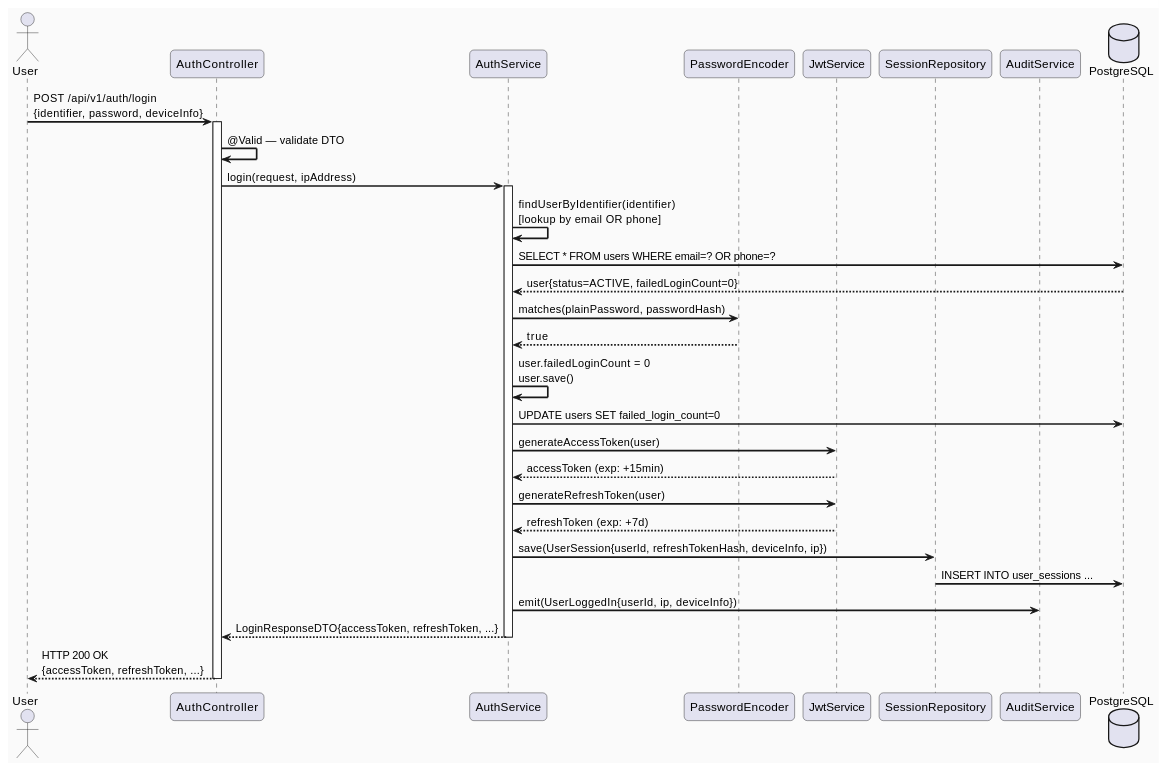
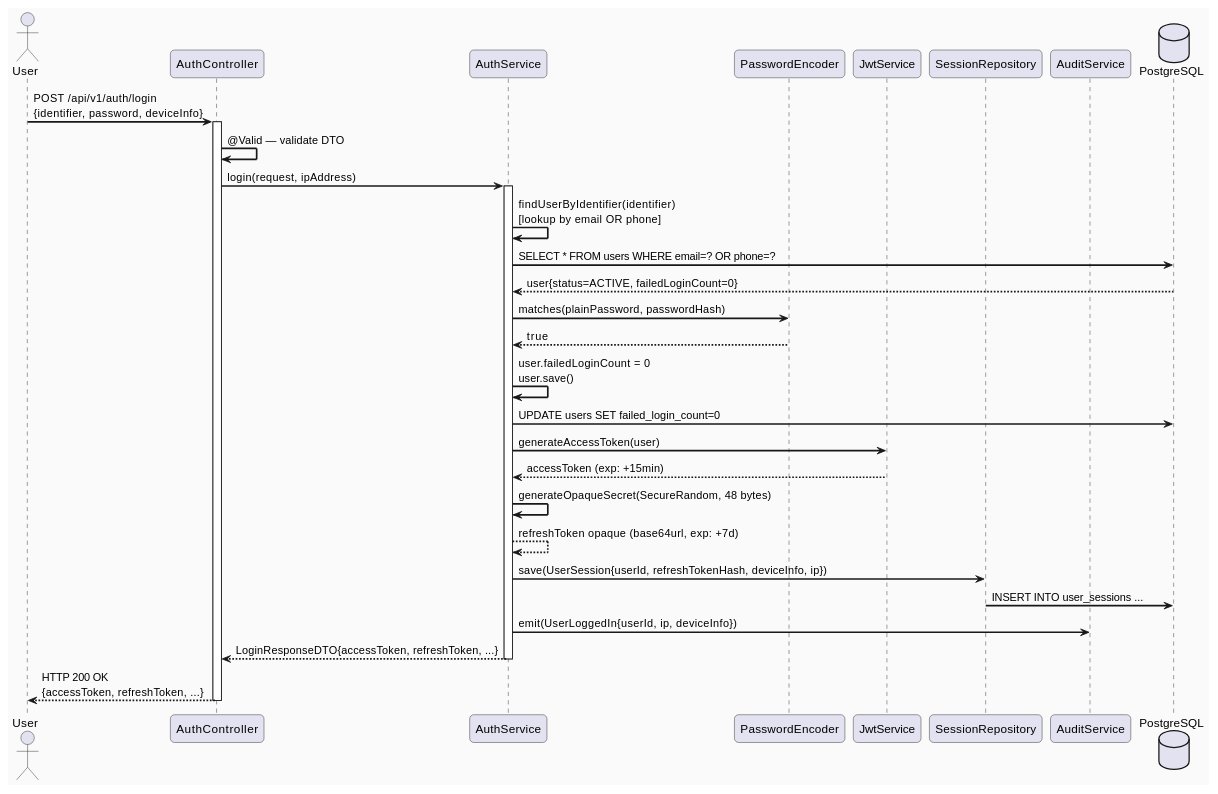
Before and after one commit to ChuongBDHE172784/CareBridge_SEP490_G79: the second of 4 diagrams in 04_Implement/UC03_Login/UC03_Login_TDS.md, drawn with PlantUML. The commit also changed other lines of this file and 12 other files, not shown here.

````diff
--- a/04_Implement/UC03_Login/UC03_Login_TDS.md
+++ b/04_Implement/UC03_Login/UC03_Login_TDS.md
@@ -301,49 +301,49 @@
 ```plantuml
 @startuml UC03_Login_SequenceDiagram_HappyPath
 skinparam sequenceArrowThickness 2
 skinparam roundcorner 10
 skinparam backgroundColor #FAFAFA
 
 actor       "User"               as Client
 participant "AuthController"     as Controller
 participant "AuthService"        as Service
 participant "PasswordEncoder"    as Encoder
 participant "JwtService"         as Jwt
 participant "SessionRepository"  as SessionRepo
 participant "AuditService"       as Audit
 database    "PostgreSQL"         as DB
 
 Client -> Controller : POST /api/v1/auth/login\n{identifier, password, deviceInfo}
 activate Controller
 
 Controller -> Controller : @Valid — validate DTO
 Controller -> Service : login(request, ipAddress)
 activate Service
 
 Service -> Service : findUserByIdentifier(identifier)\n[lookup by email OR phone]
 Service -> DB : SELECT * FROM users WHERE email=? OR phone=?
 DB --> Service : user{status=ACTIVE, failedLoginCount=0}
 
 Service -> Encoder : matches(plainPassword, passwordHash)
 Encoder --> Service : true
 
 Service -> Service : user.failedLoginCount = 0\nuser.save()
 Service -> DB : UPDATE users SET failed_login_count=0
 
 Service -> Jwt : generateAccessToken(user)
 Jwt --> Service : accessToken (exp: +15min)
 
-Service -> Jwt : generateRefreshToken(user)
-Jwt --> Service : refreshToken (exp: +7d)
+Service -> Service : generateOpaqueSecret(SecureRandom, 48 bytes)
+Service --> Service : refreshToken opaque (base64url, exp: +7d)
 
 Service -> SessionRepo : save(UserSession{userId, refreshTokenHash, deviceInfo, ip})
 SessionRepo -> DB : INSERT INTO user_sessions ...
 
 Service -> Audit : emit(UserLoggedIn{userId, ip, deviceInfo})
 Service --> Controller : LoginResponseDTO{accessToken, refreshToken, ...}
 deactivate Service
 
 Controller --> Client : HTTP 200 OK\n{accessToken, refreshToken, ...}
 deactivate Controller
 @enduml
 ```
````
